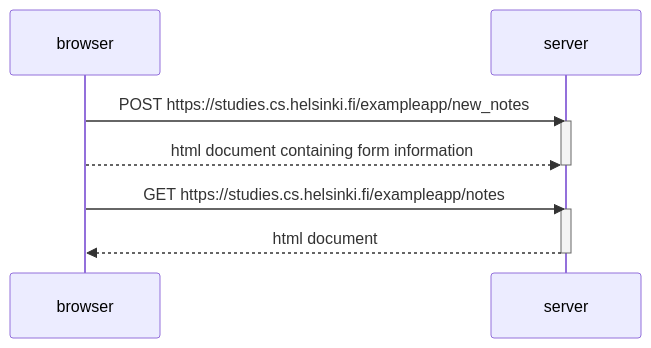
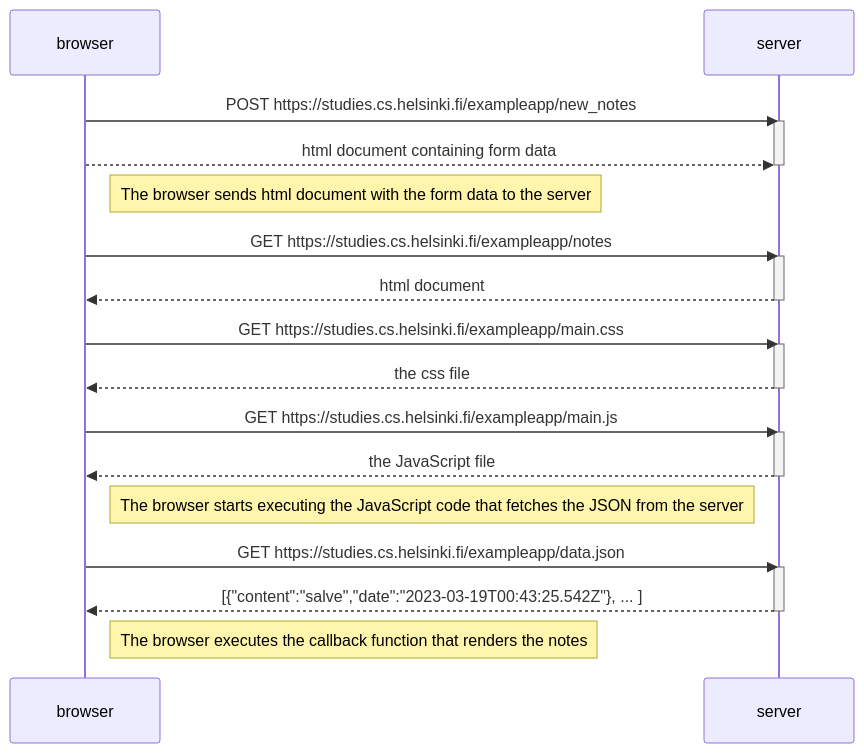
Before and after one commit to auan369/Full-Stack-Open-Course-Submission: the diagram in part0/4-New-Note-Diagram.md, drawn with Mermaid.

Commit message:
part0 exercise 4 commit 2

````diff
--- a/part0/4-New-Note-Diagram.md
+++ b/part0/4-New-Note-Diagram.md
@@ -3,17 +3,36 @@
 ```mermaid
 sequenceDiagram;
     participant browser;
     participant server;
 
     browser->>server: POST https://studies.cs.helsinki.fi/exampleapp/new_notes;
     activate server;
-    browser-->>server: html document containing form information;
+    browser-->>server: html document containing form data;
     deactivate server;
+    Note right of browser: The browser sends html document with the form data to the server
 
     browser->>server: GET https://studies.cs.helsinki.fi/exampleapp/notes;
     activate server;
     server-->>browser: html document;
     deactivate server; 
 
+    browser->>server: GET https://studies.cs.helsinki.fi/exampleapp/main.css;
+    activate server;
+    server-->>browser: the css file;
+    deactivate server;
+
+    browser->>server: GET https://studies.cs.helsinki.fi/exampleapp/main.js;
+    activate server;
+    server-->>browser: the JavaScript file;
+    deactivate server; 
+    Note right of browser: The browser starts executing the JavaScript code that fetches the JSON from the server
+
+    browser->>server: GET https://studies.cs.helsinki.fi/exampleapp/data.json
+    activate server
+    server-->>browser: [{"content":"salve","date":"2023-03-19T00:43:25.542Z"}, ... ]
+    deactivate server
+
+    Note right of browser: The browser executes the callback function that renders the notes
+
     
 ```
````
